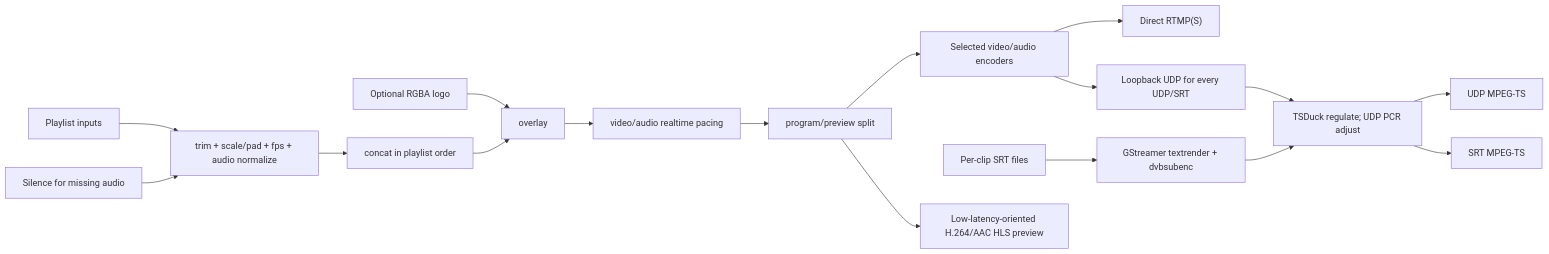
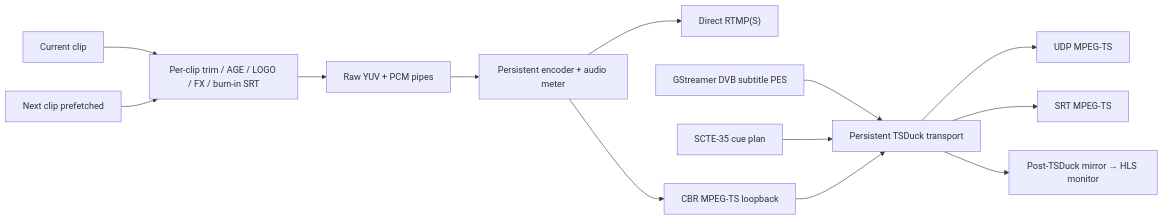
The second of 4 diagrams in docs/architecture.md (MetelevNikita/FluxIO), drawn with Mermaid before and after one commit. The commit also changed other lines of this file and 43 other files, not shown here.

Commit message:
6.0.18 rooling playout, fix pcr error, fix srt dvb sutitle (encoding and delay) add loundness metter sound create previev all layers from monitor

````diff
--- a/docs/architecture.md
+++ b/docs/architecture.md
@@ -79,19 +80,15 @@
 ```mermaid
 flowchart LR
-  Inputs["Playlist inputs"] --> Normalize["trim + scale/pad + fps + audio normalize"]
-  Silence["Silence for missing audio"] --> Normalize
-  Normalize --> Concat["concat in playlist order"]
-  Logo["Optional RGBA logo"] --> Overlay["overlay"]
-  Concat --> Overlay
-  Overlay --> Realtime["video/audio realtime pacing"]
-  Realtime --> Split["program/preview split"]
-  Split --> Encode["Selected video/audio encoders"]
-  Encode --> RTMP["Direct RTMP(S)"]
-  Encode --> Loopback["Loopback UDP for every UDP/SRT"]
-  Loopback --> Transport["TSDuck regulate; UDP PCR adjust"]
-  SRTFiles["Per-clip SRT files"] --> DVBSub["GStreamer textrender + dvbsubenc"]
-  DVBSub --> Transport
+  Current["Current clip"] --> Producer["Per-clip trim / AGE / LOGO / FX / burn-in SRT"]
+  Next["Next clip prefetched"] --> Producer
+  Producer --> Raw["Raw YUV + PCM pipes"]
+  Raw --> Encoder["Persistent encoder + audio meter"]
+  Encoder --> RTMP["Direct RTMP(S)"]
+  Encoder --> Loopback["CBR MPEG-TS loopback"]
+  DVB["GStreamer DVB subtitle PES"] --> Transport["Persistent TSDuck transport"]
+  SCTE["SCTE-35 cue plan"] --> Transport
+  Loopback --> Transport
   Transport --> UDP["UDP MPEG-TS"]
   Transport --> SRT["SRT MPEG-TS"]
-  Split --> HLS["Low-latency-oriented H.264/AAC HLS preview"]
+  Transport --> Mirror["Post-TSDuck mirror → HLS monitor"]
 ```
````
